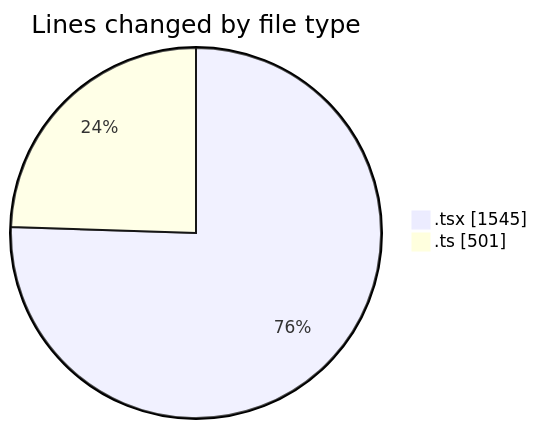
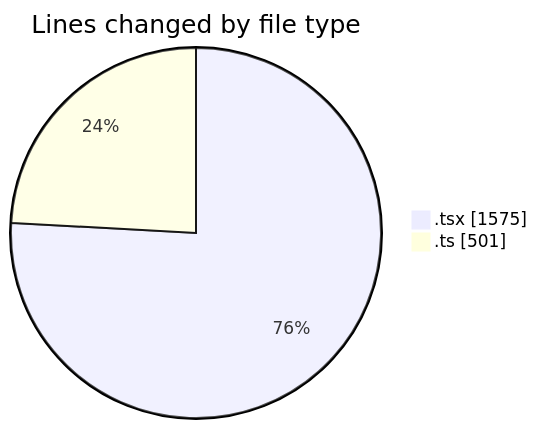
Before and after one commit to robertbonfada/code-tracking: the first of 2 diagrams in 2025-05-20/mbc-web/README.md, drawn with Mermaid. The commit also changed other lines of this file and 1 other file, not shown here.

````diff
--- a/2025-05-20/mbc-web/README.md
+++ b/2025-05-20/mbc-web/README.md
@@ -27,6 +27,6 @@
 ```mermaid
 pie showData
 title Lines changed by file type
-".tsx" : 1545
+".tsx" : 1575
 ".ts" : 501
 ```
````
